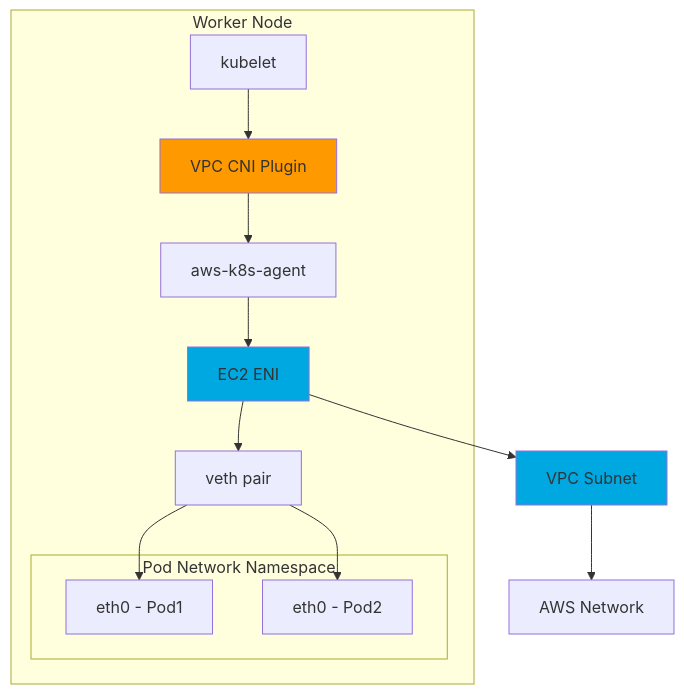
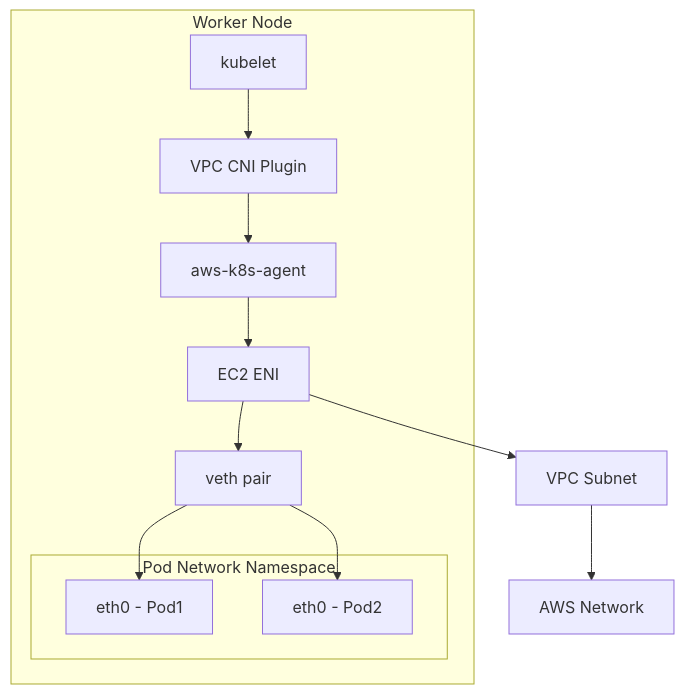
Before and after one commit to juwon8891/juwon8891.github.io: the first of 25 diagrams in docs/eks/week2-networking.md, drawn with Mermaid. The commit also changed other lines of this file and 18 other files, not shown here.

Commit message:
Remove bright colors from Mermaid diagrams for dark mode compatibility

````diff
--- a/docs/eks/week2-networking.md
+++ b/docs/eks/week2-networking.md
@@ -21,24 +21,21 @@
 ```mermaid
 graph TB
     subgraph "Worker Node"
         A[kubelet] --> B[VPC CNI Plugin]
         B --> C[aws-k8s-agent]
         C --> D[EC2 ENI]
 
         subgraph "Pod Network Namespace"
             E[eth0 - Pod1]
             F[eth0 - Pod2]
         end
 
         D --> G[veth pair]
         G --> E
         G --> F
     end
 
     D --> H[VPC Subnet]
     H --> I[AWS Network]
 
-    style B fill:#ff9900
-    style D fill:#00a8e1
-    style H fill:#00a8e1
 ```
````
